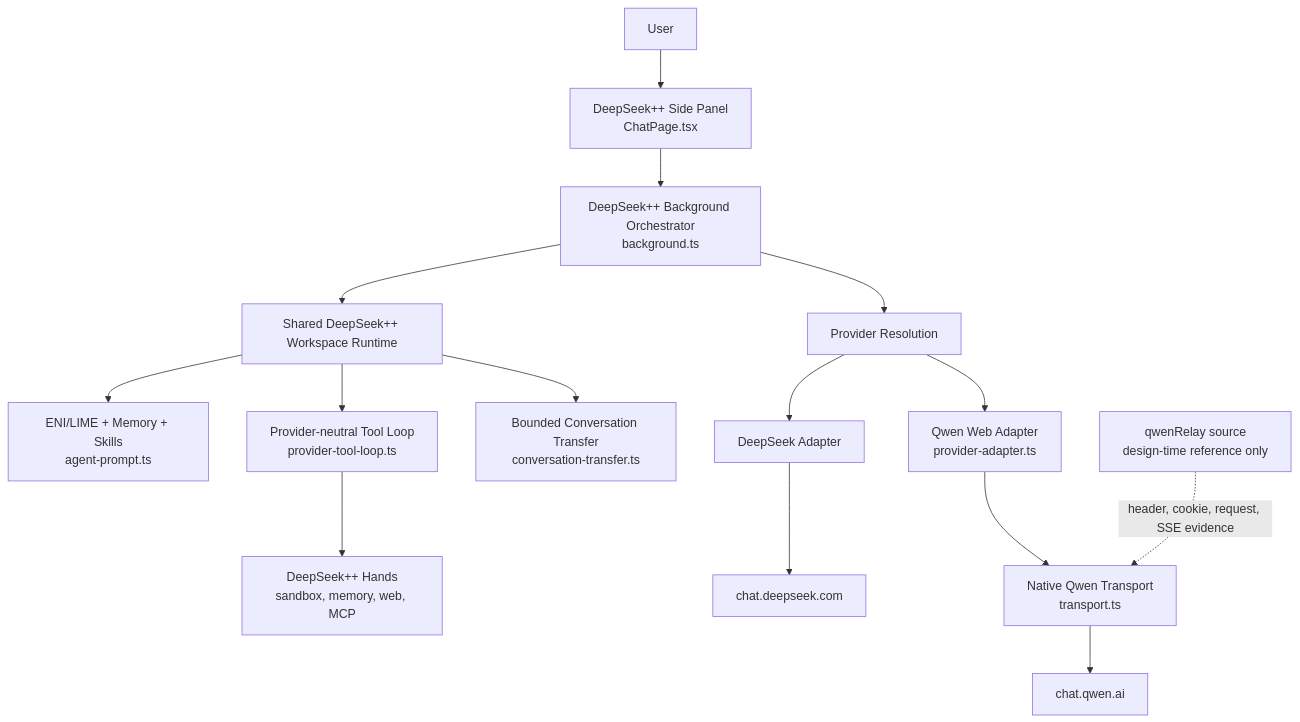
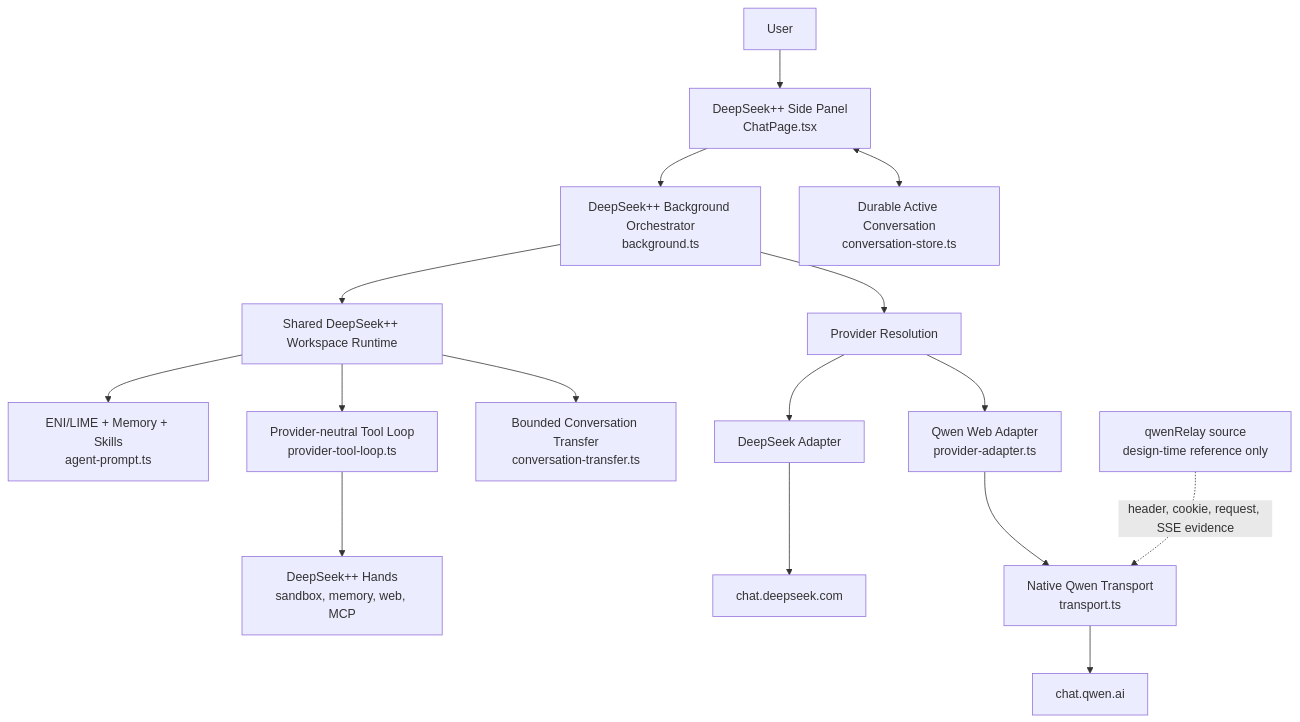
One commit to yinkev/deepseek-pp changed the first of 3 diagrams in docs/QWEN-PROVIDER-ARCHITECTURE.md. Above: the diagram before and after it, drawn with Mermaid. The commit also changed other lines of this file and 5 other files, not shown here.

Commit message:
docs: document durable provider conversation state

````diff
--- a/docs/QWEN-PROVIDER-ARCHITECTURE.md
+++ b/docs/QWEN-PROVIDER-ARCHITECTURE.md
@@ -23,20 +23,21 @@
 ```mermaid
 flowchart TD
     U["User"] --> UI["DeepSeek++ Side Panel<br/>ChatPage.tsx"]
     UI --> BG["DeepSeek++ Background Orchestrator<br/>background.ts"]
+    UI <--> PERSIST["Durable Active Conversation<br/>conversation-store.ts"]
 
     BG --> SHARED["Shared DeepSeek++ Workspace Runtime"]
     SHARED --> PROMPT["ENI/LIME + Memory + Skills<br/>agent-prompt.ts"]
     SHARED --> TOOLS["Provider-neutral Tool Loop<br/>provider-tool-loop.ts"]
     SHARED --> TRANSFER["Bounded Conversation Transfer<br/>conversation-transfer.ts"]
     TOOLS --> HANDS["DeepSeek++ Hands<br/>sandbox, memory, web, MCP"]
 
     BG --> SELECT["Provider Resolution"]
     SELECT --> DS["DeepSeek Adapter"]
     SELECT --> QW["Qwen Web Adapter<br/>provider-adapter.ts"]
     DS --> DSWEB["chat.deepseek.com"]
     QW --> QWT["Native Qwen Transport<br/>transport.ts"]
     QWT --> QWEN["chat.qwen.ai"]
 
     REF["qwenRelay source<br/>design-time reference only"] -. "header, cookie, request, SSE evidence" .-> QWT
 ```
````
